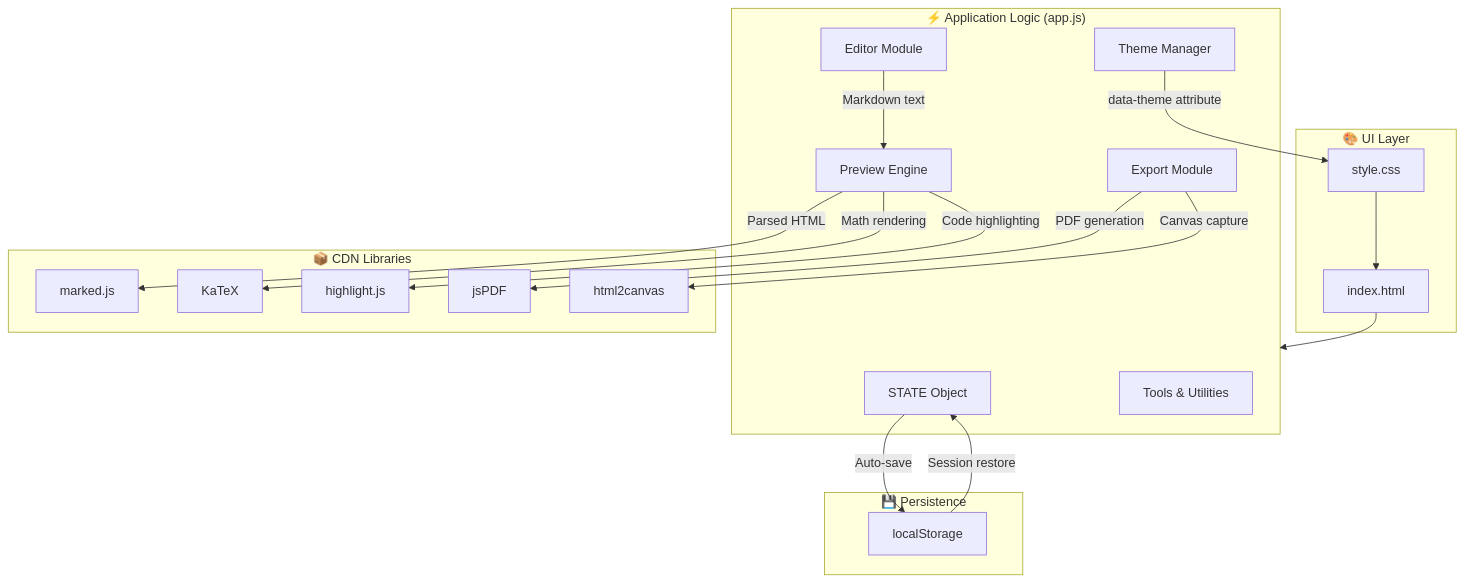
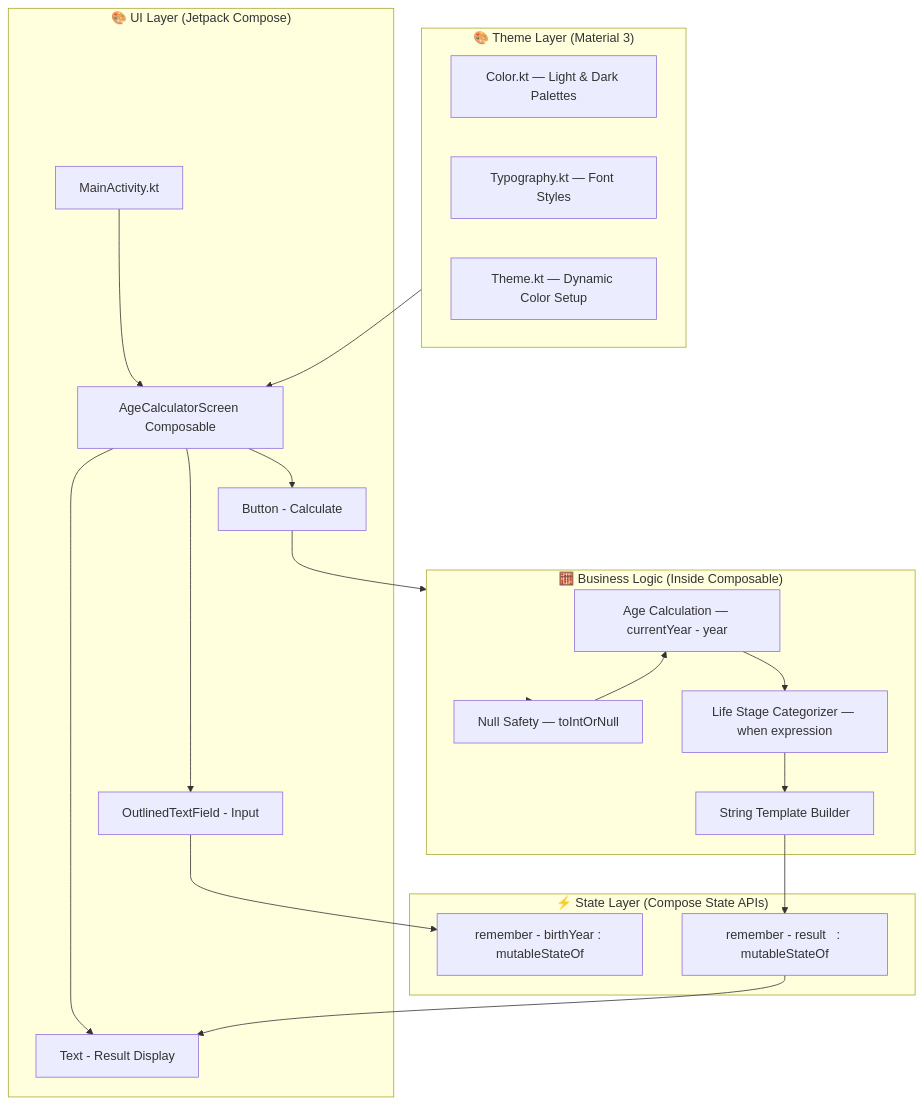
One commit to atanucsejgec/Upload_Image changed the second of 5 diagrams in README.MD. Above: the diagram before and after it, drawn with Mermaid. The commit also changed other lines of this file, not shown here.

````diff
--- a/README.MD
+++ b/README.MD
@@ -251,40 +385,37 @@
 ```mermaid
 graph TB
-    subgraph UI["🎨 UI Layer"]
-        HTML[index.html]
-        CSS[style.css]
+    subgraph UI["🎨 UI Layer (Jetpack Compose)"]
+        MA[MainActivity.kt]
+        ACS[AgeCalculatorScreen Composable]
+        TF[OutlinedTextField - Input]
+        BTN[Button - Calculate]
+        TXT[Text - Result Display]
     end
 
-    subgraph Logic["⚡ Application Logic (app.js)"]
-        STATE[STATE Object]
-        EDITOR[Editor Module]
-        PREVIEW[Preview Engine]
-        EXPORT[Export Module]
-        THEME[Theme Manager]
-        TOOLS[Tools & Utilities]
+    subgraph State["⚡ State Layer (Compose State APIs)"]
+        BS[remember - birthYear : mutableStateOf]
+        RS[remember - result   : mutableStateOf]
     end
 
-    subgraph Libraries["📦 CDN Libraries"]
-        MARKED[marked.js]
-        JSPDF[jsPDF]
-        H2C[html2canvas]
-        HLJS[highlight.js]
-        KATEX[KaTeX]
+    subgraph Logic["🧮 Business Logic (Inside Composable)"]
+        AL[Age Calculation — currentYear - year]
+        NP[Null Safety — toIntOrNull]
+        LC[Life Stage Categorizer — when expression]
+        ST[String Template Builder]
     end
 
-    subgraph Storage["💾 Persistence"]
-        LS[localStorage]
+    subgraph Theme["🎨 Theme Layer (Material 3)"]
+        CT[Color.kt — Light & Dark Palettes]
+        TY[Typography.kt — Font Styles]
+        TH[Theme.kt — Dynamic Color Setup]
     end
 
-    HTML --> Logic
-    CSS --> HTML
-    EDITOR -->|Markdown text| PREVIEW
-    PREVIEW -->|Parsed HTML| MARKED
-    PREVIEW -->|Math rendering| KATEX
-    PREVIEW -->|Code highlighting| HLJS
-    EXPORT -->|PDF generation| JSPDF
-    EXPORT -->|Canvas capture| H2C
-    STATE -->|Auto-save| LS
-    LS -->|Session restore| STATE
-    THEME -->|data-theme attribute| CSS
+    MA --> ACS
+    ACS --> TF & BTN & TXT
+    TF --> BS
+    BTN --> Logic
+    Logic --> NP --> AL --> LC --> ST
+    ST --> RS
+    RS --> TXT
+    Theme --> ACS
 ```
````
